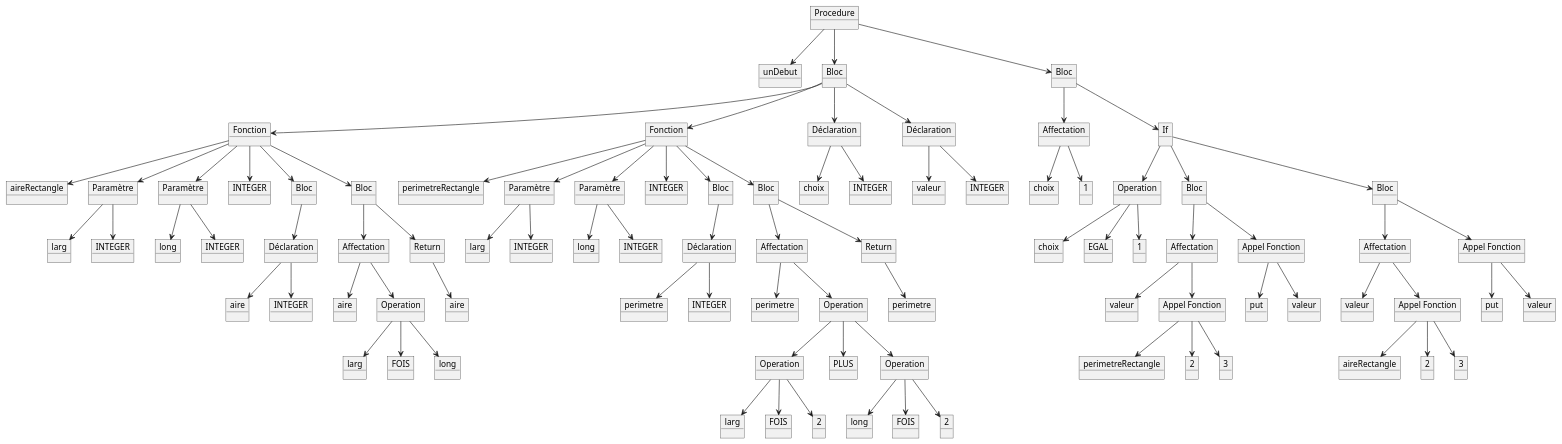
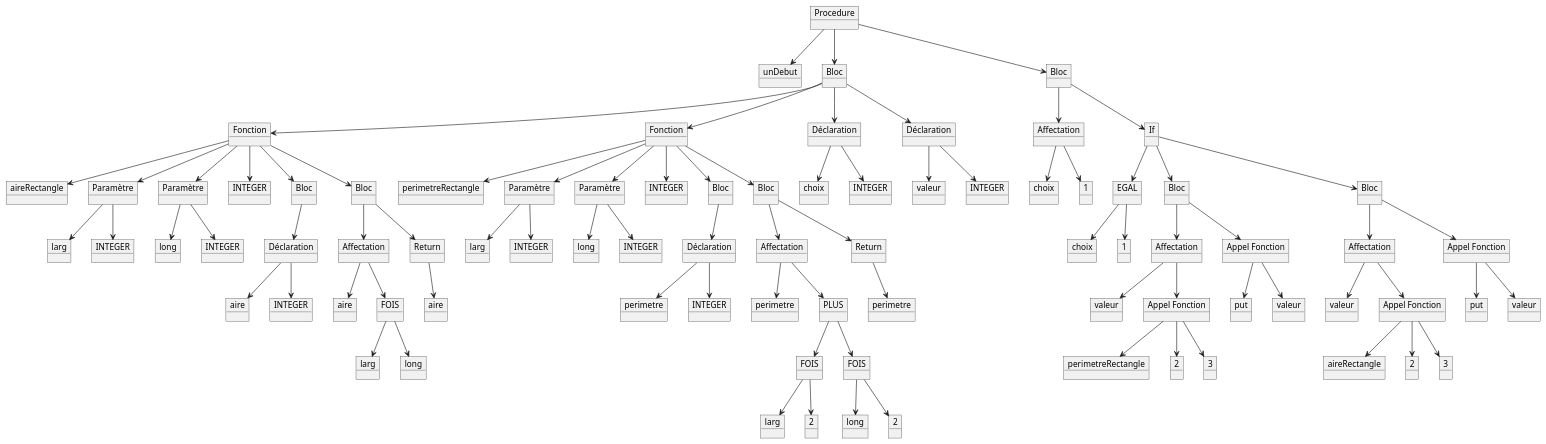
The diagram in Programmes/unDebutTopDown.pu (LeBoufty/pcl), drawn with PlantUML before and after one commit. The commit also changed 3 other files, not shown here.

```diff
--- a/Programmes/unDebutTopDown.pu
+++ b/Programmes/unDebutTopDown.pu
@@ -1,177 +1,167 @@
 @startuml ArbreSyntaxique
 object "Procedure" as Procedure
 object "unDebut" as unDebut
 object "Bloc" as Bloc
 object "Bloc" as Bloc5
 object "Fonction" as Fonction
 object "Fonction" as Fonction1
 object "Déclaration" as Declaration2
 object "Déclaration" as Declaration3
 object "Affectation" as Affectation2
 object "If" as InstructionIf
 object "aireRectangle" as aireRectangle
 object "Paramètre" as Parametre
 object "Paramètre" as Parametre1
 object "INTEGER" as INTEGER__
 object "Bloc" as Bloc1
 object "Bloc" as Bloc2
 object "perimetreRectangle" as perimetreRectangle
 object "Paramètre" as Parametre2
 object "Paramètre" as Parametre3
 object "INTEGER" as INTEGER______
 object "Bloc" as Bloc3
 object "Bloc" as Bloc4
 object "choix" as choix
 object "INTEGER" as INTEGER________
 object "valeur" as valeur
 object "INTEGER" as INTEGER_________
 object "choix" as choix_
 object "1" as 1
-object "Operation" as Operation4
+object "EGAL" as Operation4
 object "Bloc" as Bloc6
 object "Bloc" as Bloc7
 object "larg" as larg
 object "INTEGER" as INTEGER
 object "long" as long
 object "INTEGER" as INTEGER_
 object "Déclaration" as Declaration
 object "Affectation" as Affectation
 object "Return" as Return
 object "larg" as larg__
 object "INTEGER" as INTEGER____
 object "long" as long__
 object "INTEGER" as INTEGER_____
 object "Déclaration" as Declaration1
 object "Affectation" as Affectation1
 object "Return" as Return1
 object "choix" as choix__
-object "EGAL" as EGAL
 object "1" as 1_
 object "Affectation" as Affectation3
 object "Appel Fonction" as AppelFonction1
 object "Affectation" as Affectation4
 object "Appel Fonction" as AppelFonction3
 object "aire" as aire
 object "INTEGER" as INTEGER___
 object "aire" as aire_
-object "Operation" as Operation
+object "FOIS" as Operation
 object "aire" as aire__
 object "perimetre" as perimetre
 object "INTEGER" as INTEGER_______
 object "perimetre" as perimetre_
-object "Operation" as Operation1
+object "PLUS" as Operation1
 object "perimetre" as perimetre__
 object "valeur" as valeur_
 object "Appel Fonction" as AppelFonction
 object "put" as put
 object "valeur" as valeur__
 object "valeur" as valeur___
 object "Appel Fonction" as AppelFonction2
 object "put" as put_
 object "valeur" as valeur____
 object "larg" as larg_
-object "FOIS" as FOIS
 object "long" as long_
-object "Operation" as Operation2
-object "PLUS" as PLUS
-object "Operation" as Operation3
+object "FOIS" as Operation2
+object "FOIS" as Operation3
 object "perimetreRectangle" as perimetreRectangle_
 object "2" as 2__
 object "3" as 3
 object "aireRectangle" as aireRectangle_
 object "2" as 2___
 object "3" as 3_
 object "larg" as larg___
-object "FOIS" as FOIS_
 object "2" as 2
 object "long" as long___
-object "FOIS" as FOIS__
 object "2" as 2_
 Procedure -down-> unDebut
 Procedure -down-> Bloc
 Procedure -down-> Bloc5
 Bloc -down-> Fonction
 Bloc -down-> Fonction1
 Bloc -down-> Declaration2
 Bloc -down-> Declaration3
 Bloc5 -down-> Affectation2
 Bloc5 -down-> InstructionIf
 Fonction -down-> aireRectangle
 Fonction -down-> Parametre
 Fonction -down-> Parametre1
 Fonction -down-> INTEGER__
 Fonction -down-> Bloc1
 Fonction -down-> Bloc2
 Fonction1 -down-> perimetreRectangle
 Fonction1 -down-> Parametre2
 Fonction1 -down-> Parametre3
 Fonction1 -down-> INTEGER______
 Fonction1 -down-> Bloc3
 Fonction1 -down-> Bloc4
 Declaration2 -down-> choix
 Declaration2 -down-> INTEGER________
 Declaration3 -down-> valeur
 Declaration3 -down-> INTEGER_________
 Affectation2 -down-> choix_
 Affectation2 -down-> 1
 InstructionIf -down-> Operation4
 InstructionIf -down-> Bloc6
 InstructionIf -down-> Bloc7
 Parametre -down-> larg
 Parametre -down-> INTEGER
 Parametre1 -down-> long
 Parametre1 -down-> INTEGER_
 Bloc1 -down-> Declaration
 Bloc2 -down-> Affectation
 Bloc2 -down-> Return
 Parametre2 -down-> larg__
 Parametre2 -down-> INTEGER____
 Parametre3 -down-> long__
 Parametre3 -down-> INTEGER_____
 Bloc3 -down-> Declaration1
 Bloc4 -down-> Affectation1
 Bloc4 -down-> Return1
 Operation4 -down-> choix__
-Operation4 -down-> EGAL
 Operation4 -down-> 1_
 Bloc6 -down-> Affectation3
 Bloc6 -down-> AppelFonction1
 Bloc7 -down-> Affectation4
 Bloc7 -down-> AppelFonction3
 Declaration -down-> aire
 Declaration -down-> INTEGER___
 Affectation -down-> aire_
 Affectation -down-> Operation
 Return -down-> aire__
 Declaration1 -down-> perimetre
 Declaration1 -down-> INTEGER_______
 Affectation1 -down-> perimetre_
 Affectation1 -down-> Operation1
 Return1 -down-> perimetre__
 Affectation3 -down-> valeur_
 Affectation3 -down-> AppelFonction
 AppelFonction1 -down-> put
 AppelFonction1 -down-> valeur__
 Affectation4 -down-> valeur___
 Affectation4 -down-> AppelFonction2
 AppelFonction3 -down-> put_
 AppelFonction3 -down-> valeur____
 Operation -down-> larg_
-Operation -down-> FOIS
 Operation -down-> long_
 Operation1 -down-> Operation2
-Operation1 -down-> PLUS
 Operation1 -down-> Operation3
 AppelFonction -down-> perimetreRectangle_
 AppelFonction -down-> 2__
 AppelFonction -down-> 3
 AppelFonction2 -down-> aireRectangle_
 AppelFonction2 -down-> 2___
 AppelFonction2 -down-> 3_
 Operation2 -down-> larg___
-Operation2 -down-> FOIS_
 Operation2 -down-> 2
 Operation3 -down-> long___
-Operation3 -down-> FOIS__
 Operation3 -down-> 2_
 @enduml
```
